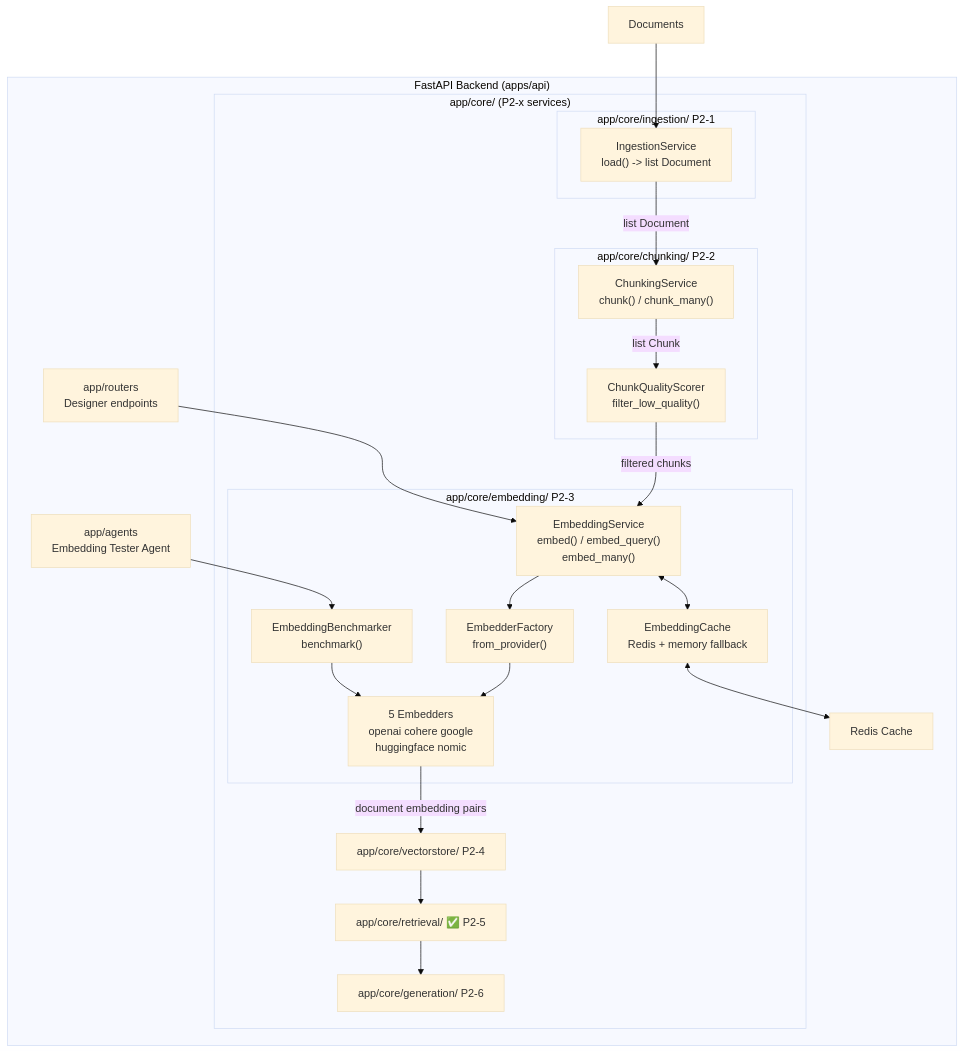
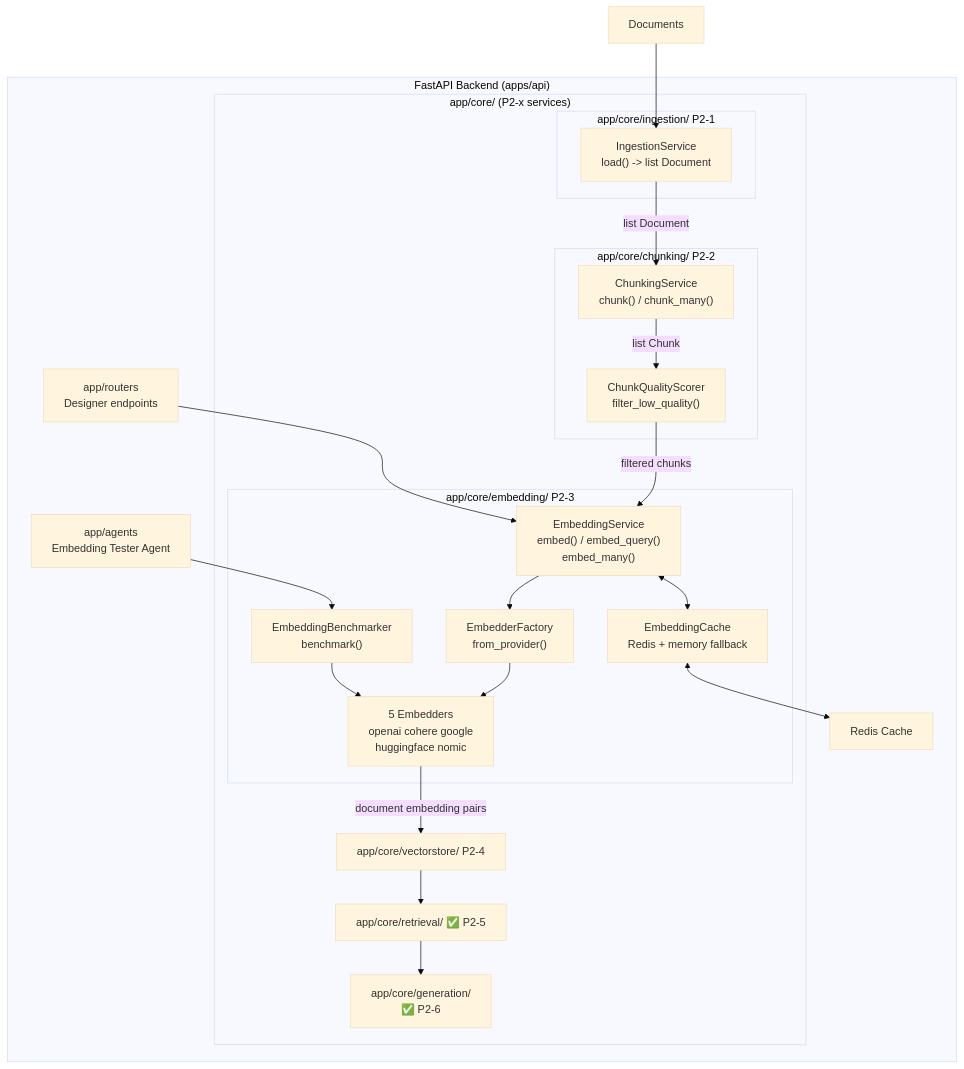
One commit to anulsasidharan/Unified-RAG-Studio changed diagram 23 of 32 in docs/internal/PROJECT_SYSTEM_DESIGN_EVOLUTION.md. Above: the diagram before and after it, drawn with Mermaid (base theme). The commit also changed other lines of this file and 13 other files, not shown here.

````diff
--- a/docs/internal/PROJECT_SYSTEM_DESIGN_EVOLUTION.md
+++ b/docs/internal/PROJECT_SYSTEM_DESIGN_EVOLUTION.md
@@ -1109,43 +1109,43 @@
 ```mermaid
 graph TB
     subgraph API["FastAPI Backend (apps/api)"]
         subgraph CORE["app/core/ (P2-x services)"]
             subgraph INGESTION_BOX3["app/core/ingestion/ P2-1"]
                 ING_SVC3["IngestionService\nload() -> list Document"]
             end
 
             subgraph CHUNKING_BOX3["app/core/chunking/ P2-2"]
                 CHUNK_SVC3["ChunkingService\nchunk() / chunk_many()"]
                 QUALITY_SVC3["ChunkQualityScorer\nfilter_low_quality()"]
             end
 
             subgraph EMBEDDING_BOX3["app/core/embedding/ P2-3"]
                 EMB_SVC["EmbeddingService\nembed() / embed_query()\nembed_many()"]
                 EMB_FAC["EmbedderFactory\nfrom_provider()"]
                 FIVE_PROV["5 Embedders\nopenai cohere google\nhuggingface nomic"]
                 BENCH_SVC["EmbeddingBenchmarker\nbenchmark()"]
                 CACHE_SVC["EmbeddingCache\nRedis + memory fallback"]
             end
 
             VECTORSTORE_BOX3["app/core/vectorstore/ P2-4"]
             RETRIEVAL_BOX3["app/core/retrieval/ ✅ P2-5"]
-            GENERATION_BOX3["app/core/generation/ P2-6"]
+            GENERATION_BOX3["app/core/generation/\n✅ P2-6"]
         end
 
         AGENTS3["app/agents\nEmbedding Tester Agent"]
         ROUTERS3["app/routers\nDesigner endpoints"]
         REDIS3["Redis Cache"]
     end
 
     DOCS3["Documents"] --> ING_SVC3
     ING_SVC3 -->|list Document| CHUNK_SVC3
     CHUNK_SVC3 -->|list Chunk| QUALITY_SVC3
     QUALITY_SVC3 -->|filtered chunks| EMB_SVC
     EMB_SVC --> EMB_FAC --> FIVE_PROV
     EMB_SVC <--> CACHE_SVC <--> REDIS3
     FIVE_PROV -->|document embedding pairs| VECTORSTORE_BOX3
     VECTORSTORE_BOX3 --> RETRIEVAL_BOX3 --> GENERATION_BOX3
     AGENTS3 --> BENCH_SVC
     BENCH_SVC --> FIVE_PROV
     ROUTERS3 --> EMB_SVC
 ```
````
